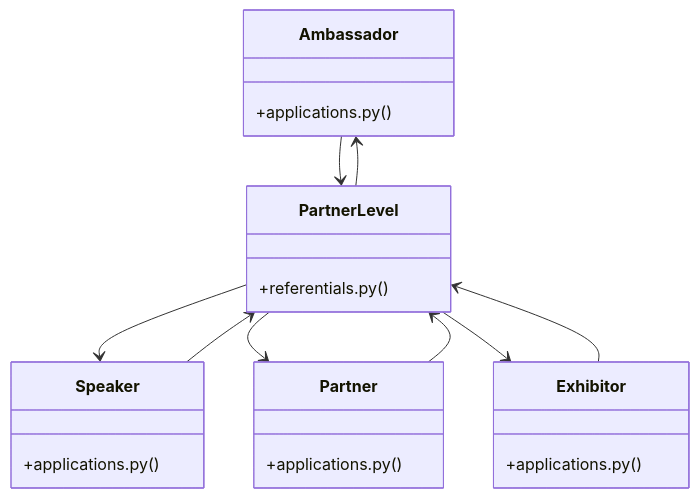
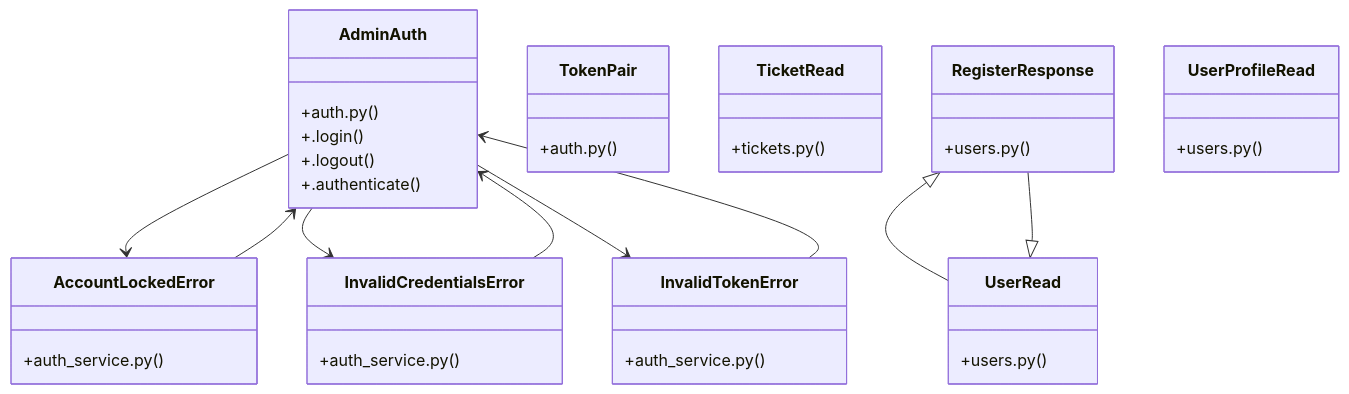
One commit to adjanayo/synca_conf_back changed the diagram in graphify-out/wiki/[get_settings()_&_upload_file()]_Cluster.md. Above: the diagram before and after it, drawn with Mermaid. The commit also changed other lines of this file and 47 other files, not shown here.

Commit message:
chore: mise à jour graphify (graphe du code)

````diff
--- a/graphify-out/wiki/[get_settings()_&_upload_file()]_Cluster.md
+++ b/graphify-out/wiki/[get_settings()_&_upload_file()]_Cluster.md
@@ -36,26 +36,41 @@
 ```mermaid
 classDiagram
-    class Ambassador {
-        +applications.py()
+    class AdminAuth {
+        +auth.py()
+        +.login()
+        +.logout()
+        +.authenticate()
     }
-    class Exhibitor {
-        +applications.py()
+    class AccountLockedError {
+        +auth_service.py()
     }
-    class Partner {
-        +applications.py()
+    class InvalidCredentialsError {
+        +auth_service.py()
     }
-    class Speaker {
-        +applications.py()
+    class InvalidTokenError {
+        +auth_service.py()
     }
-    class PartnerLevel {
-        +referentials.py()
+    class TokenPair {
+        +auth.py()
     }
-    Ambassador --> PartnerLevel
-    Exhibitor --> PartnerLevel
-    Partner --> PartnerLevel
-    Speaker --> PartnerLevel
-    PartnerLevel --> Speaker
-    PartnerLevel --> Ambassador
-    PartnerLevel --> Partner
-    PartnerLevel --> Exhibitor
+    class TicketRead {
+        +tickets.py()
+    }
+    class RegisterResponse {
+        +users.py()
+    }
+    class UserProfileRead {
+        +users.py()
+    }
+    class UserRead {
+        +users.py()
+    }
+    AdminAuth --> AccountLockedError
+    AdminAuth --> InvalidCredentialsError
+    AdminAuth --> InvalidTokenError
+    AccountLockedError --> AdminAuth
+    InvalidCredentialsError --> AdminAuth
+    InvalidTokenError --> AdminAuth
+    UserRead <|-- RegisterResponse
+    RegisterResponse <|-- UserRead
 ```
````
